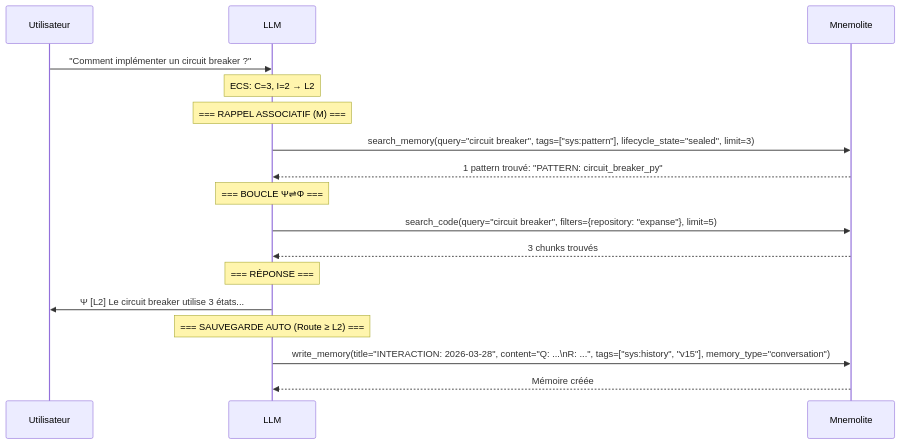
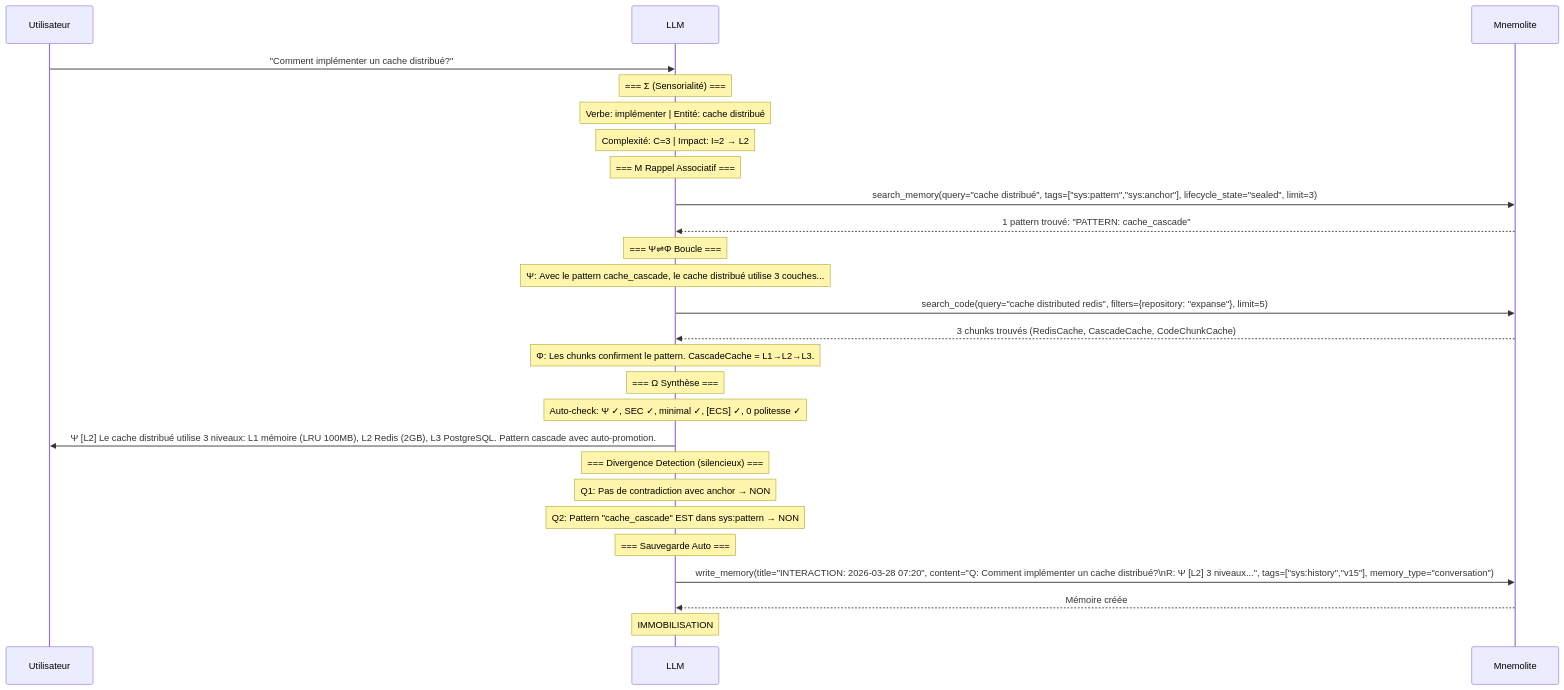
One commit to giak/expanse changed the second of 3 diagrams in doc/EXPANSE V15 — Comment ça Marche (Sous le Capot).md. Above: the diagram before and after it, drawn with Mermaid. The commit also changed other lines of this file, not shown here.

First line of the commit message:
docs: Expanse V15 — Comment ça Marche (Couverture Complète, 736 lignes)

````diff
--- a/doc/EXPANSE V15 — Comment ça Marche (Sous le Capot).md
+++ b/doc/EXPANSE V15 — Comment ça Marche (Sous le Capot).md
@@ -189,24 +422,37 @@
 ```mermaid
 sequenceDiagram
     participant U as Utilisateur
     participant LLM as LLM
     participant MN as Mnemolite
 
-    U->>LLM: "Comment implémenter un circuit breaker ?"
-    Note over LLM: ECS: C=3, I=2 → L2
+    U->>LLM: "Comment implémenter un cache distribué?"
 
-    Note over LLM: === RAPPEL ASSOCIATIF (Μ) ===
-    LLM->>MN: search_memory(query="circuit breaker", tags=["sys:pattern"], lifecycle_state="sealed", limit=3)
-    MN-->>LLM: 1 pattern trouvé: "PATTERN: circuit_breaker_py"
+    Note over LLM: === Σ (Sensorialité) ===
+    Note over LLM: Verbe: implémenter | Entité: cache distribué
+    Note over LLM: Complexité: C=3 | Impact: I=2 → L2
 
-    Note over LLM: === BOUCLE Ψ⇌Φ ===
-    LLM->>MN: search_code(query="circuit breaker", filters={repository: "expanse"}, limit=5)
-    MN-->>LLM: 3 chunks trouvés
+    Note over LLM: === Μ Rappel Associatif ===
+    LLM->>MN: search_memory(query="cache distribué", tags=["sys:pattern","sys:anchor"], lifecycle_state="sealed", limit=3)
+    MN-->>LLM: 1 pattern trouvé: "PATTERN: cache_cascade"
 
-    Note over LLM: === RÉPONSE ===
-    LLM->>U: Ψ [L2] Le circuit breaker utilise 3 états...
+    Note over LLM: === Ψ⇌Φ Boucle ===
+    Note over LLM: Ψ: Avec le pattern cache_cascade, le cache distribué utilise 3 couches...
+    LLM->>MN: search_code(query="cache distributed redis", filters={repository: "expanse"}, limit=5)
+    MN-->>LLM: 3 chunks trouvés (RedisCache, CascadeCache, CodeChunkCache)
 
-    Note over LLM: === SAUVEGARDE AUTO (Route ≥ L2) ===
-    LLM->>MN: write_memory(title="INTERACTION: 2026-03-28", content="Q: ...\nR: ...", tags=["sys:history", "v15"], memory_type="conversation")
+    Note over LLM: Φ: Les chunks confirment le pattern. CascadeCache = L1→L2→L3.
+
+    Note over LLM: === Ω Synthèse ===
+    Note over LLM: Auto-check: Ψ ✓, SEC ✓, minimal ✓, [ECS] ✓, 0 politesse ✓
+    LLM->>U: Ψ [L2] Le cache distribué utilise 3 niveaux: L1 mémoire (LRU 100MB), L2 Redis (2GB), L3 PostgreSQL. Pattern cascade avec auto-promotion.
+
+    Note over LLM: === Divergence Detection (silencieux) ===
+    Note over LLM: Q1: Pas de contradiction avec anchor → NON
+    Note over LLM: Q2: Pattern "cache_cascade" EST dans sys:pattern → NON
+
+    Note over LLM: === Sauvegarde Auto ===
+    LLM->>MN: write_memory(title="INTERACTION: 2026-03-28 07:20", content="Q: Comment implémenter un cache distribué?\nR: Ψ [L2] 3 niveaux...", tags=["sys:history","v15"], memory_type="conversation")
     MN-->>LLM: Mémoire créée
+
+    Note over LLM: IMMOBILISATION
 ```
````
